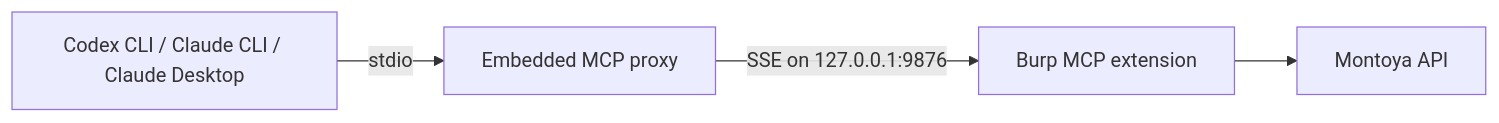
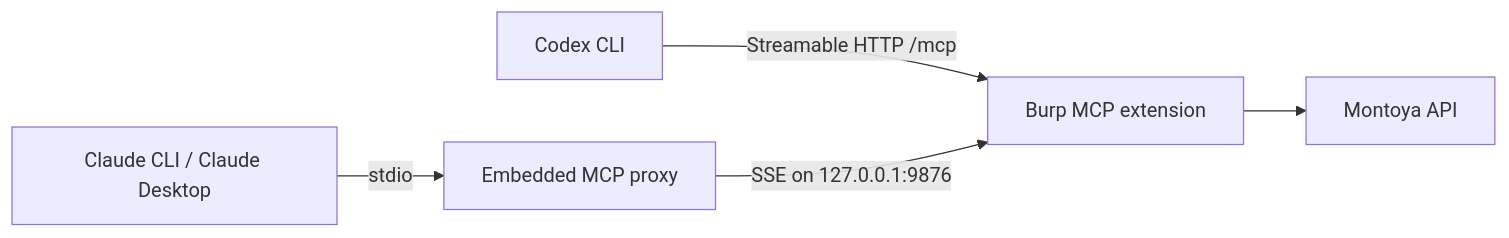
Before and after one commit to thezakman/smart-mcp-server: the diagram in README.md, drawn with Mermaid. The commit also changed other lines of this file and 18 other files, not shown here.

````diff
--- a/README.md
+++ b/README.md
@@ -243,6 +246,7 @@
 ```mermaid
 flowchart LR
-    Client[Codex CLI / Claude CLI / Claude Desktop] -->|stdio| Proxy[Embedded MCP proxy]
+    Codex[Codex CLI] -->|Streamable HTTP /mcp| Extension[Burp MCP extension]
+    Claude[Claude CLI / Claude Desktop] -->|stdio| Proxy[Embedded MCP proxy]
     Proxy -->|SSE on 127.0.0.1:9876| Extension[Burp MCP extension]
     Extension --> Burp[Montoya API]
 ```
````
